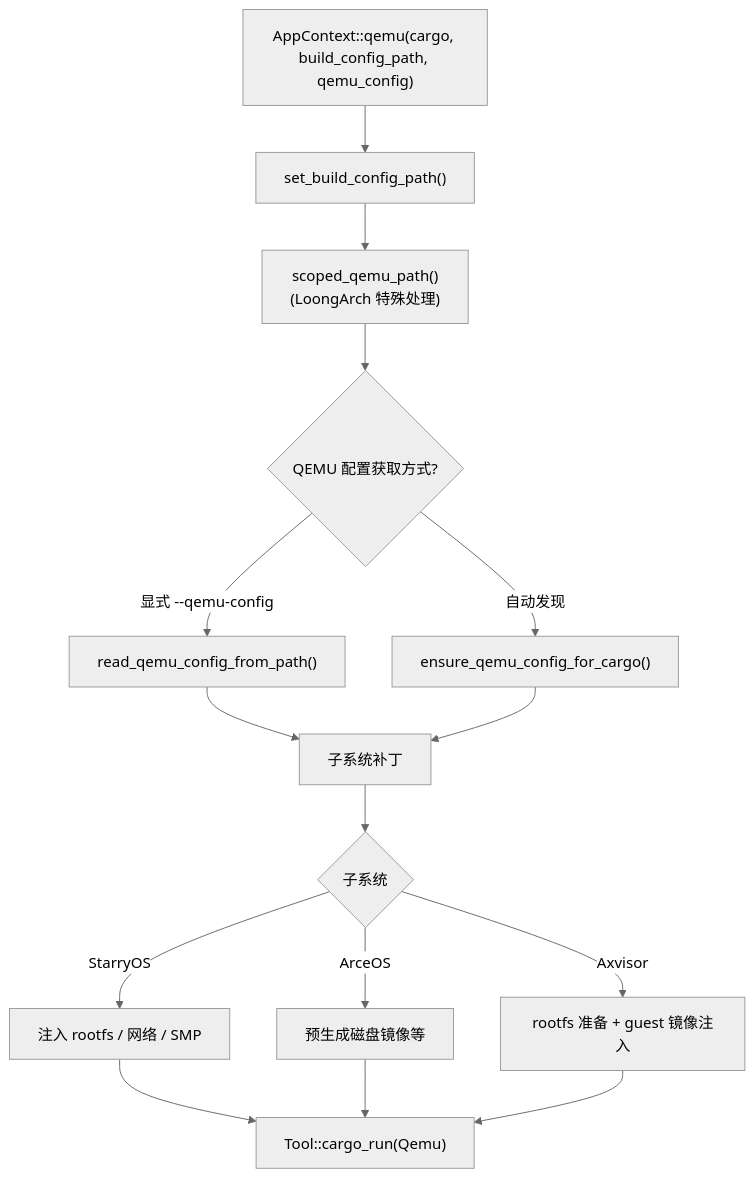
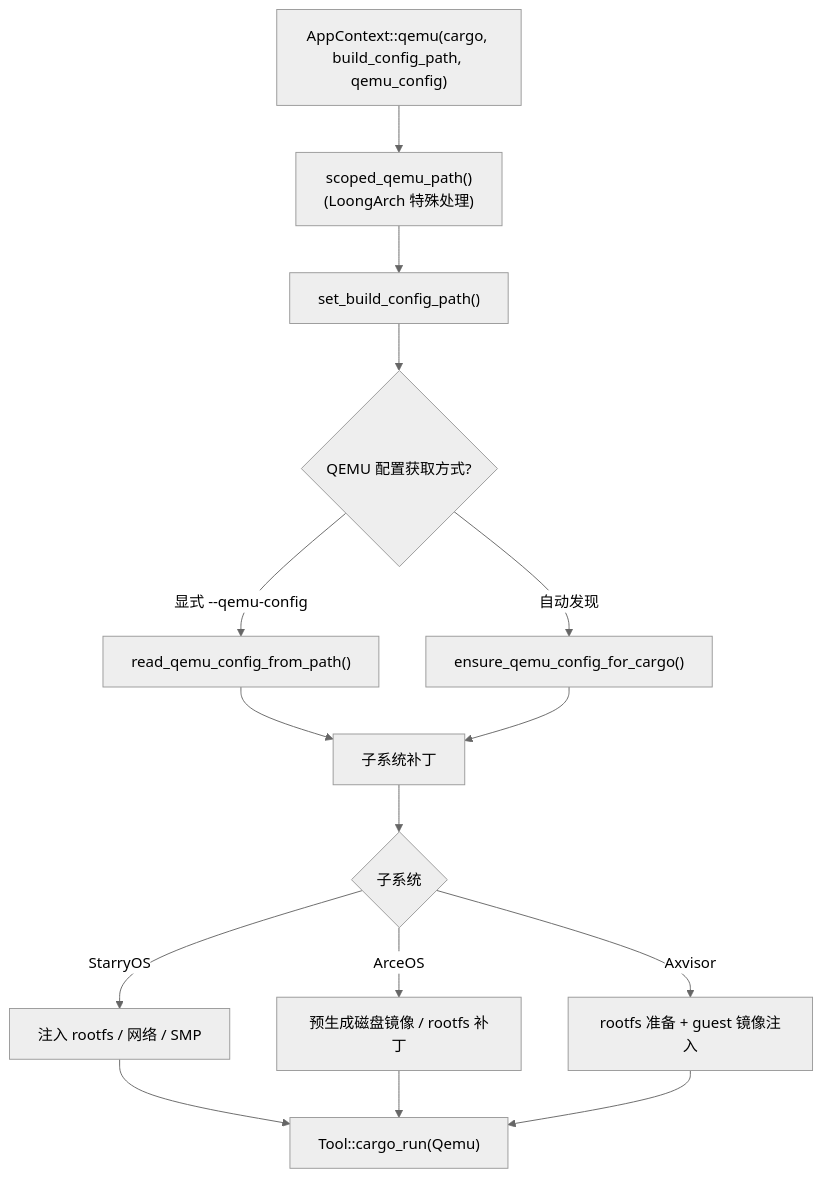
One commit to rcore-os/tgoskits changed the first of 6 diagrams in docs/docs/build/run.md. Above: the diagram before and after it, drawn with Mermaid (neutral theme). The commit also changed other lines of this file and 8 other files, not shown here.

````diff
--- a/docs/docs/build/run.md
+++ b/docs/docs/build/run.md
@@ -30,17 +34,17 @@
 ```mermaid
 flowchart TD
-    A["AppContext::qemu(cargo, build_config_path, qemu_config)"] --> B["set_build_config_path()"]
-    B --> C["scoped_qemu_path()<br/>(LoongArch 特殊处理)"]
+    A["AppContext::qemu(cargo, build_config_path, qemu_config)"] --> B["scoped_qemu_path()<br/>(LoongArch 特殊处理)"]
+    B --> C["set_build_config_path()"]
     C --> D{QEMU 配置获取方式?}
     D -->|显式 --qemu-config| E["read_qemu_config_from_path()"]
     D -->|自动发现| F["ensure_qemu_config_for_cargo()"]
     E --> G[子系统补丁]
     F --> G
     G --> H{子系统}
     H -->|StarryOS| I["注入 rootfs / 网络 / SMP"]
-    H -->|ArceOS| J["预生成磁盘镜像等"]
+    H -->|ArceOS| J["预生成磁盘镜像 / rootfs 补丁"]
     H -->|Axvisor| K["rootfs 准备 + guest 镜像注入"]
     I --> L["Tool::cargo_run(Qemu)"]
     J --> L
     K --> L
 ```
````
